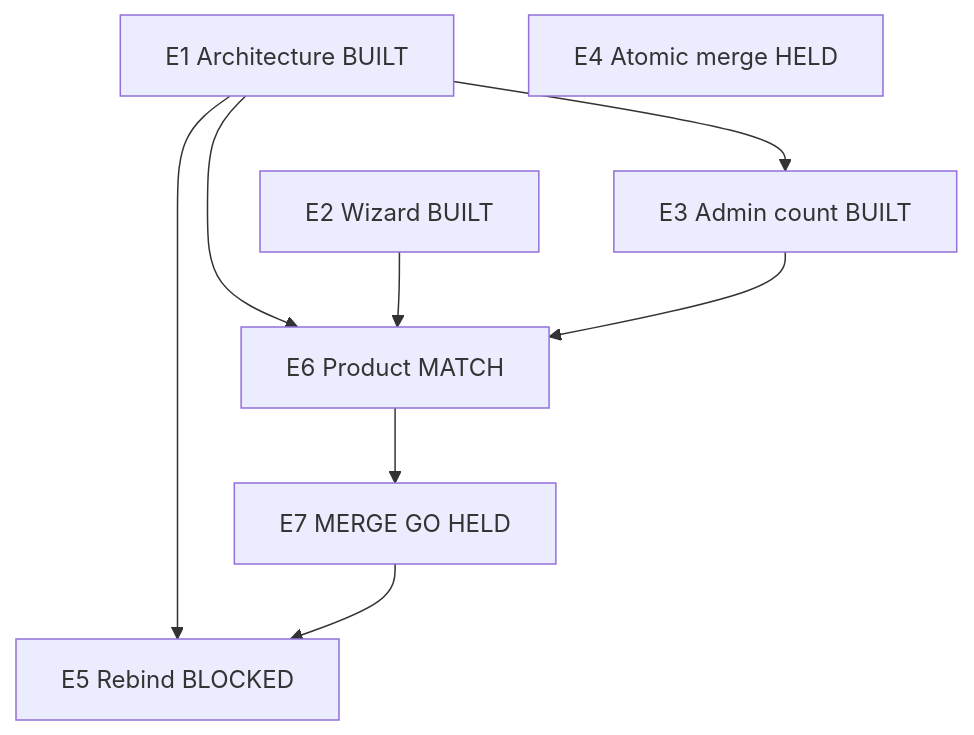
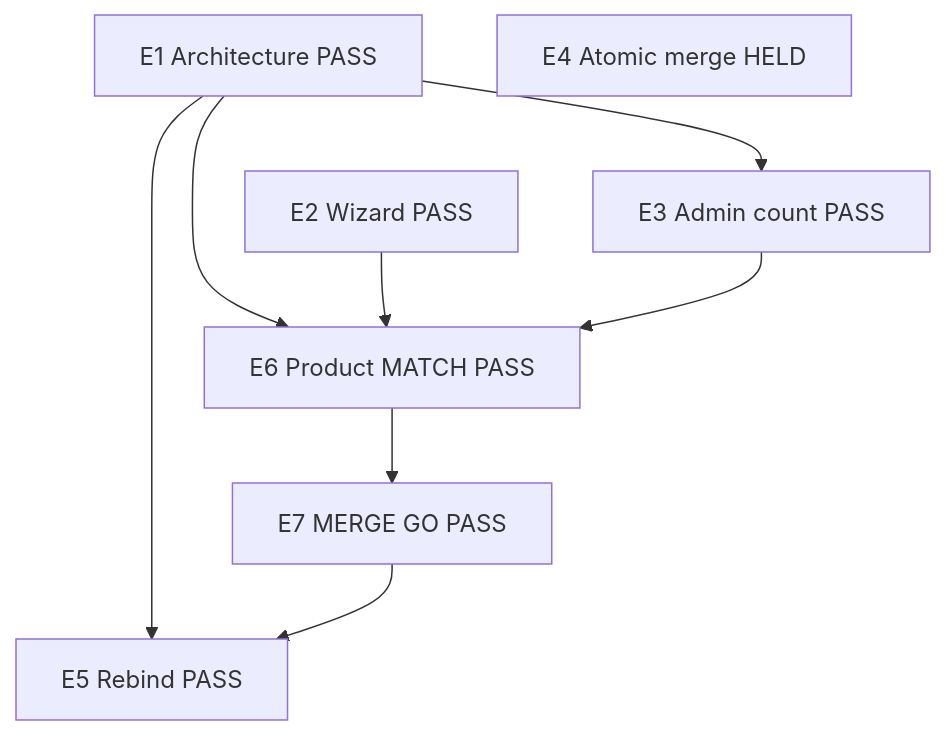
The diagram in docs/staff/ENGINEERING_GRAPH.md (bjljohnson2012/field-school), drawn with Mermaid before and after one commit. The commit also changed other lines of this file and 4 other files, not shown here.

````diff
--- a/docs/staff/ENGINEERING_GRAPH.md
+++ b/docs/staff/ENGINEERING_GRAPH.md
@@ -35,17 +35,17 @@
 ```mermaid
 flowchart TD
-  E1[E1 Architecture BUILT]
-  E2[E2 Wizard BUILT]
-  E3[E3 Admin count BUILT]
-  E6[E6 Product MATCH]
-  E7[E7 MERGE GO HELD]
-  E5[E5 Rebind BLOCKED]
+  E1[E1 Architecture PASS]
+  E2[E2 Wizard PASS]
+  E3[E3 Admin count PASS]
+  E6[E6 Product MATCH PASS]
+  E7[E7 MERGE GO PASS]
+  E5[E5 Rebind PASS]
   E4[E4 Atomic merge HELD]
   E1 --> E3
   E1 --> E6
   E2 --> E6
   E3 --> E6
   E6 --> E7
   E1 --> E5
   E7 --> E5
 ```
````
